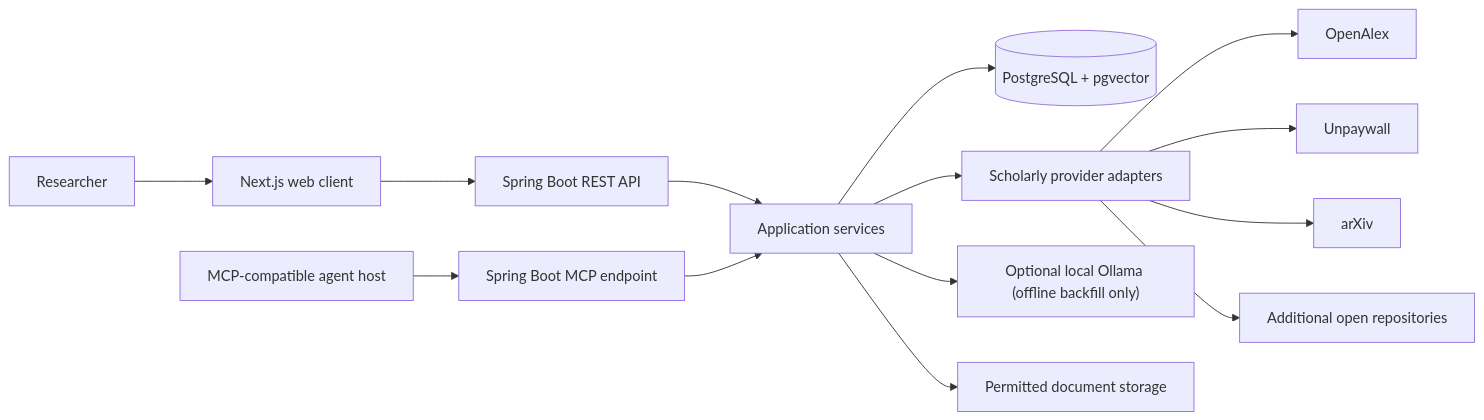
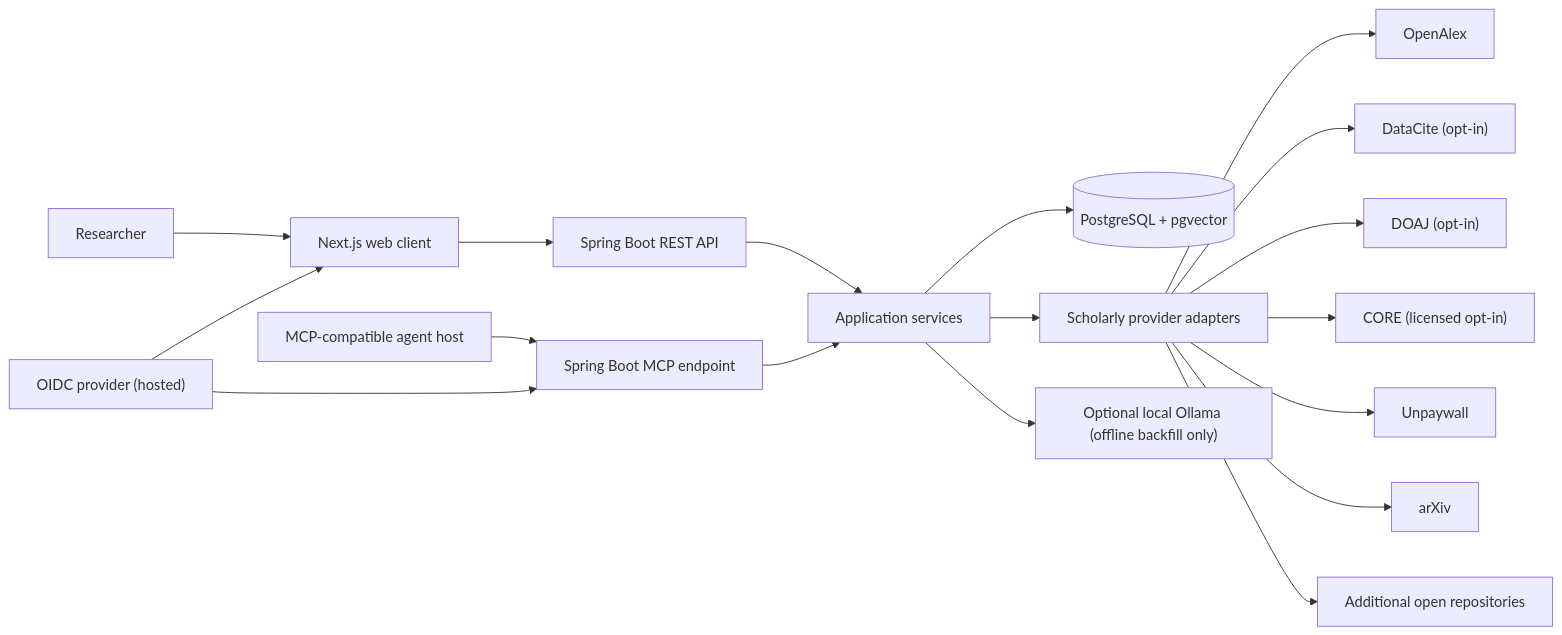
The first of 2 diagrams in docs/ARCHITECTURE.md (peprick/openscholar-mcp), drawn with Mermaid before and after one commit. The commit also changed other lines of this file and 187 other files, not shown here.

````diff
--- a/docs/ARCHITECTURE.md
+++ b/docs/ARCHITECTURE.md
@@ -5,16 +5,20 @@
 ```mermaid
 flowchart LR
     U["Researcher"] --> W["Next.js web client"]
     A["MCP-compatible agent host"] --> M["Spring Boot MCP endpoint"]
+    I["OIDC provider (hosted)"] --> W
+    I --> M
     W --> R["Spring Boot REST API"]
     R --> C["Application services"]
     M --> C
     C --> P[("PostgreSQL + pgvector")]
     C --> S["Scholarly provider adapters"]
     S --> OA["OpenAlex"]
+    S --> DC["DataCite (opt-in)"]
+    S --> DJ["DOAJ (opt-in)"]
+    S --> CO["CORE (licensed opt-in)"]
     S --> UW["Unpaywall"]
     S --> AX["arXiv"]
     S --> MO["Additional open repositories"]
     C --> E["Optional local Ollama (offline backfill only)"]
-    C --> O["Permitted document storage"]
 ```
````
